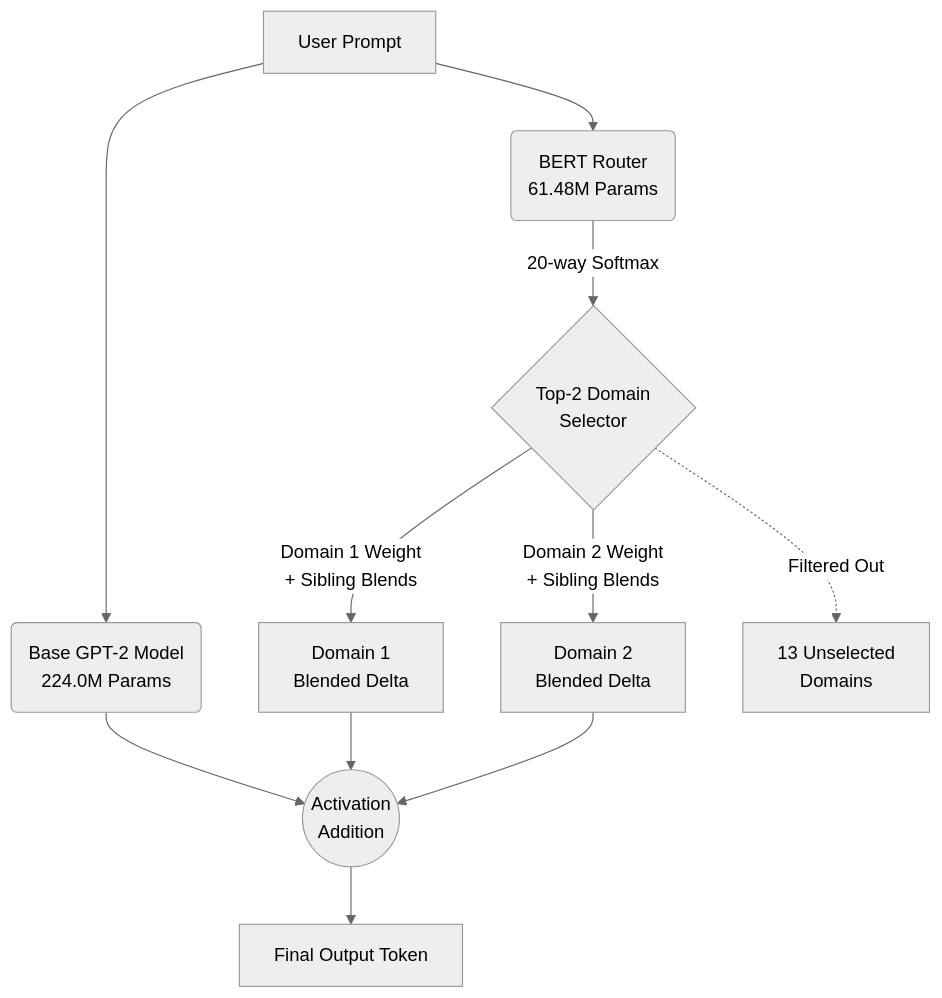
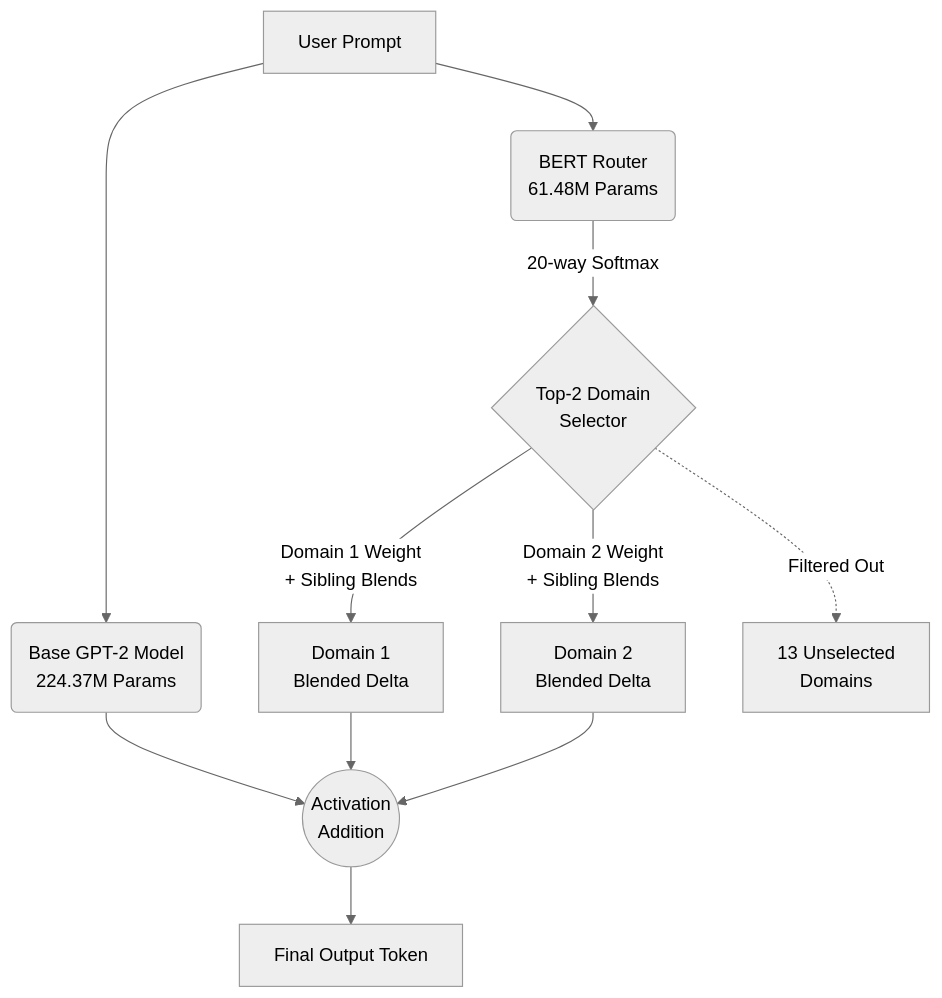
The diagram in docs/NanoRush-500.md (Amogh1221/genral_notes), drawn with Mermaid (neutral theme) before and after one commit. The commit also changed other lines of this file, not shown here.

````diff
--- a/docs/NanoRush-500.md
+++ b/docs/NanoRush-500.md
@@ -25,17 +25,17 @@
 ```mermaid
 graph TD
     Prompt[User Prompt] --> Router(BERT Router<br>61.48M Params)
-    Prompt --> Base(Base GPT-2 Model<br>224.0M Params)
+    Prompt --> Base(Base GPT-2 Model<br>224.37M Params)
     
     Router -->|20-way Softmax| Selector{Top-2 Domain<br>Selector}
     
     Selector -->|Domain 1 Weight<br>+ Sibling Blends| LoRA1[Domain 1<br>Blended Delta]
     Selector -->|Domain 2 Weight<br>+ Sibling Blends| LoRA2[Domain 2<br>Blended Delta]
     Selector -.->|Filtered Out| Ignored[13 Unselected<br>Domains]
     
     Base --> Add((Activation<br>Addition))
     LoRA1 --> Add
     LoRA2 --> Add
     
     Add --> Output[Final Output Token]
 ```
````
